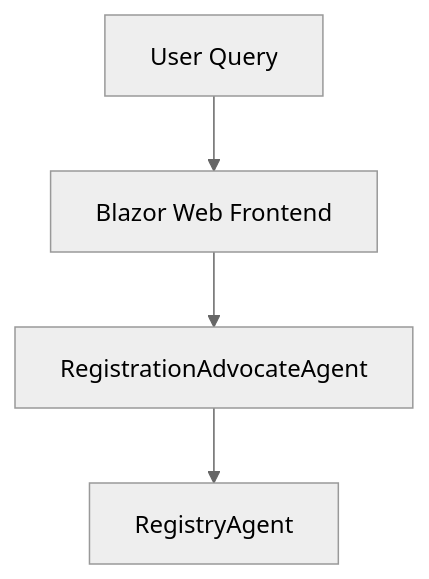
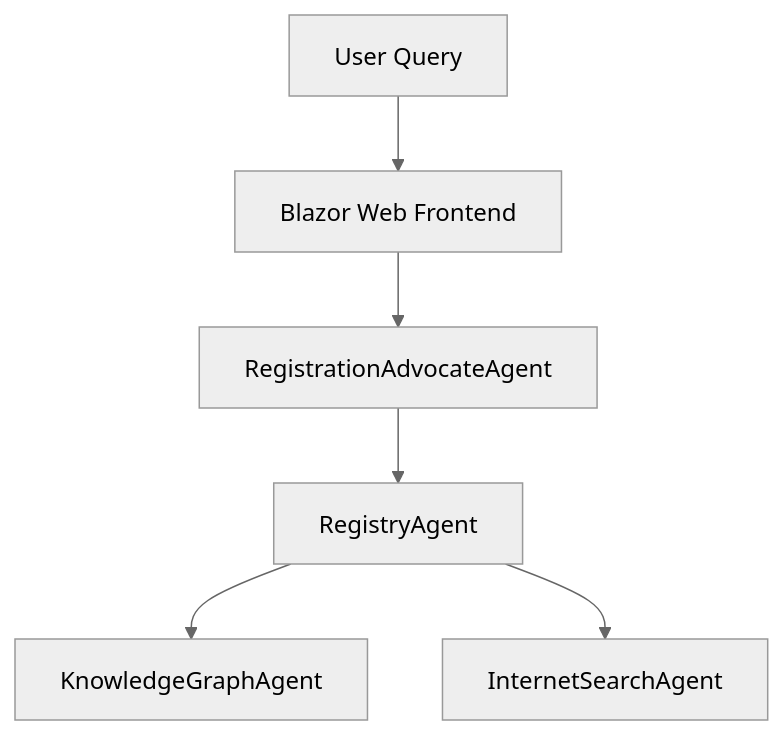
The diagram in Agent2Agent.AgentB/README.md (Donelle/Agent2Agent), drawn with Mermaid (neutral theme) before and after one commit. The commit also changed other lines of this file and 8 other files, not shown here.

````diff
--- a/Agent2Agent.AgentB/README.md
+++ b/Agent2Agent.AgentB/README.md
@@ -16,6 +16,8 @@
 ```mermaid
 flowchart TD
     User[User Query] --> Web[Blazor Web Frontend]
     Web --> AgentA[RegistrationAdvocateAgent]
     AgentA --> AgentB[RegistryAgent]
+    AgentB --> AgentC[KnowledgeGraphAgent]
+    AgentB --> AgentD[InternetSearchAgent]
 ```
````
